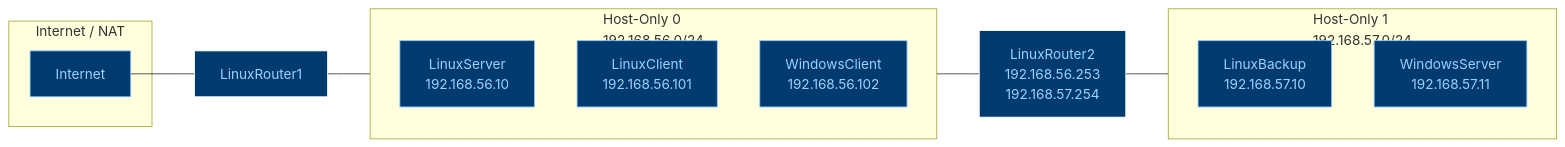
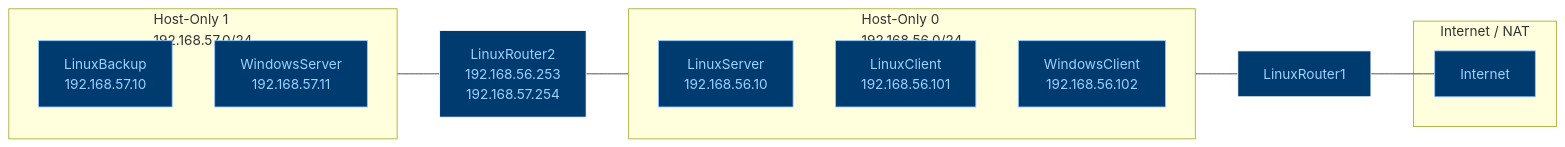
One commit to jadanero/Auditoria_Seguridad_2026 changed the diagram in SI/Practica1_3_SI.md. Above: the diagram before and after it, drawn with Mermaid.

Commit message:
vault backup: 2026-09-24 14:16:38

````diff
--- a/SI/Practica1_3_SI.md
+++ b/SI/Practica1_3_SI.md
@@ -14,59 +14,59 @@
 ```mermaid
-flowchart LR
+flowchart RL
 
     %% =========================
     %% INTERNET / NAT
     %% =========================
     subgraph NAT["Internet / NAT"]
         INTERNET["Internet"]
     end
 
     %% =========================
     %% ROUTER 1
     %% =========================
     R1["LinuxRouter1"]
 
     %% =========================
     %% HOST-ONLY 0
     %% =========================
     subgraph RED56["Host-Only 0<br/>192.168.56.0/24"]
         direction TB
 
         LS["LinuxServer<br/>192.168.56.10"]
         LC["LinuxClient<br/>192.168.56.101"]
         WC["WindowsClient<br/>192.168.56.102"]
     end
 
     %% =========================
     %% ROUTER 2
     %% =========================
     R2["LinuxRouter2<br/>192.168.56.253<br/>192.168.57.254"]
 
     %% =========================
     %% HOST-ONLY 1
     %% =========================
     subgraph RED57["Host-Only 1<br/>192.168.57.0/24"]
         direction TB
 
         LB["LinuxBackup<br/>192.168.57.10"]
         WS["WindowsServer<br/>192.168.57.11"]
     end
 
     %% =========================
     %% CONNECTIONS
     %% =========================
     INTERNET --- R1
     R1 --- RED56
     RED56 --- R2
     R2 --- RED57
 
     %% =========================
     %% STYLES
     %% =========================
     classDef device fill:#003b6f,stroke:#8fc7ff,color:#9fd0ff,stroke-width:1px;
     classDef router fill:#003b6f,stroke:#ffffff,color:#9fd0ff,stroke-width:1px;
     classDef network fill:#222222,stroke:#aaaaaa,color:#ffffff,stroke-width:1px;
 
     class INTERNET,LS,LC,WC,LB,WS device;
     class R1,R2 router;
 ```
````
